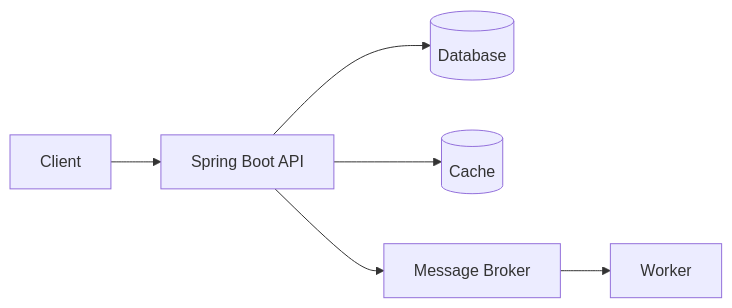
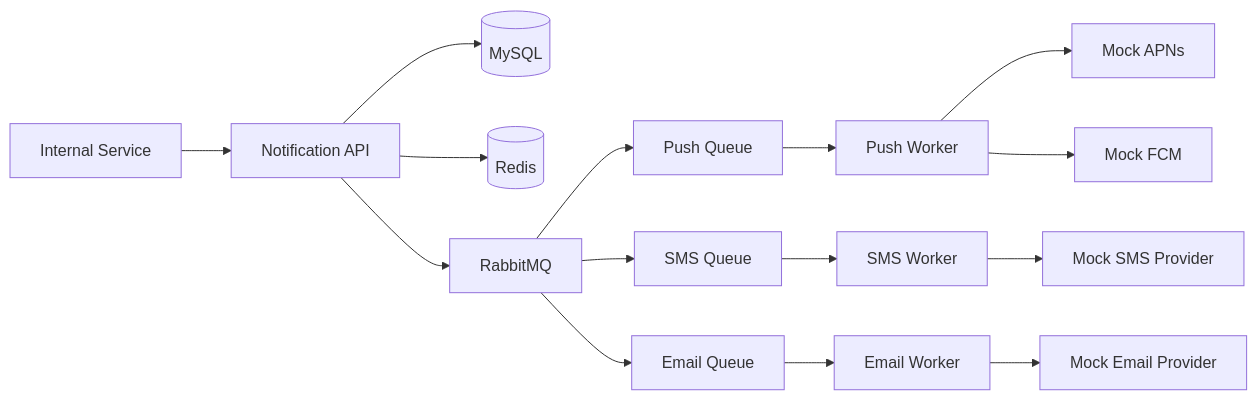
One commit to Backend-System-Design-Lab/02-Notification-System changed the first of 2 diagrams in docs/03-architecture.md. Above: the diagram before and after it, drawn with Mermaid. The commit also changed other lines of this file, not shown here.

`````diff
--- a/docs/03-architecture.md
+++ b/docs/03-architecture.md
@@ -12,15 +15,40 @@
 ```mermaid
 flowchart LR
-    Client[Client]
-    API[Spring Boot API]
-    DB[(Database)]
-    Cache[(Cache)]
-    Queue[Message Broker]
-    Worker[Worker]
+    Client[Internal Service]
+    API[Notification API]
+    DB[(MySQL)]
+    Redis[(Redis)]
+    MQ[RabbitMQ]
+
+    PushQ[Push Queue]
+    SmsQ[SMS Queue]
+    EmailQ[Email Queue]
+
+    PushW[Push Worker]
+    SmsW[SMS Worker]
+    EmailW[Email Worker]
+
+    APNS[Mock APNs]
+    FCM[Mock FCM]
+    SMS[Mock SMS Provider]
+    EMAIL[Mock Email Provider]
 
     Client --> API
+
     API --> DB
-    API --> Cache
-    API --> Queue
-    Queue --> Worker
+    API --> Redis
+    API --> MQ
+
+    MQ --> PushQ
+    MQ --> SmsQ
+    MQ --> EmailQ
+
+    PushQ --> PushW
+    SmsQ --> SmsW
+    EmailQ --> EmailW
+
+    PushW --> APNS
+    PushW --> FCM
+    SmsW --> SMS
+    EmailW --> EMAIL
 ````
`````
